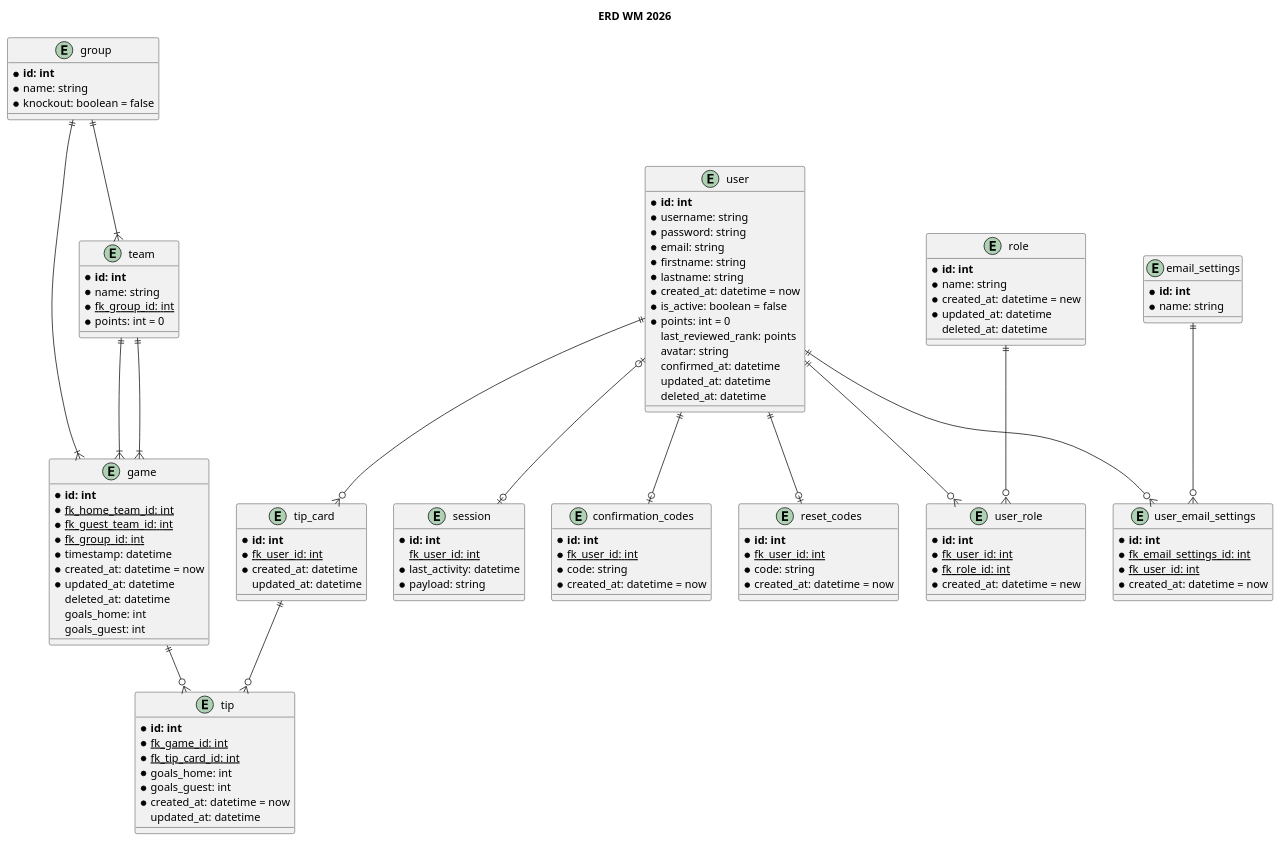
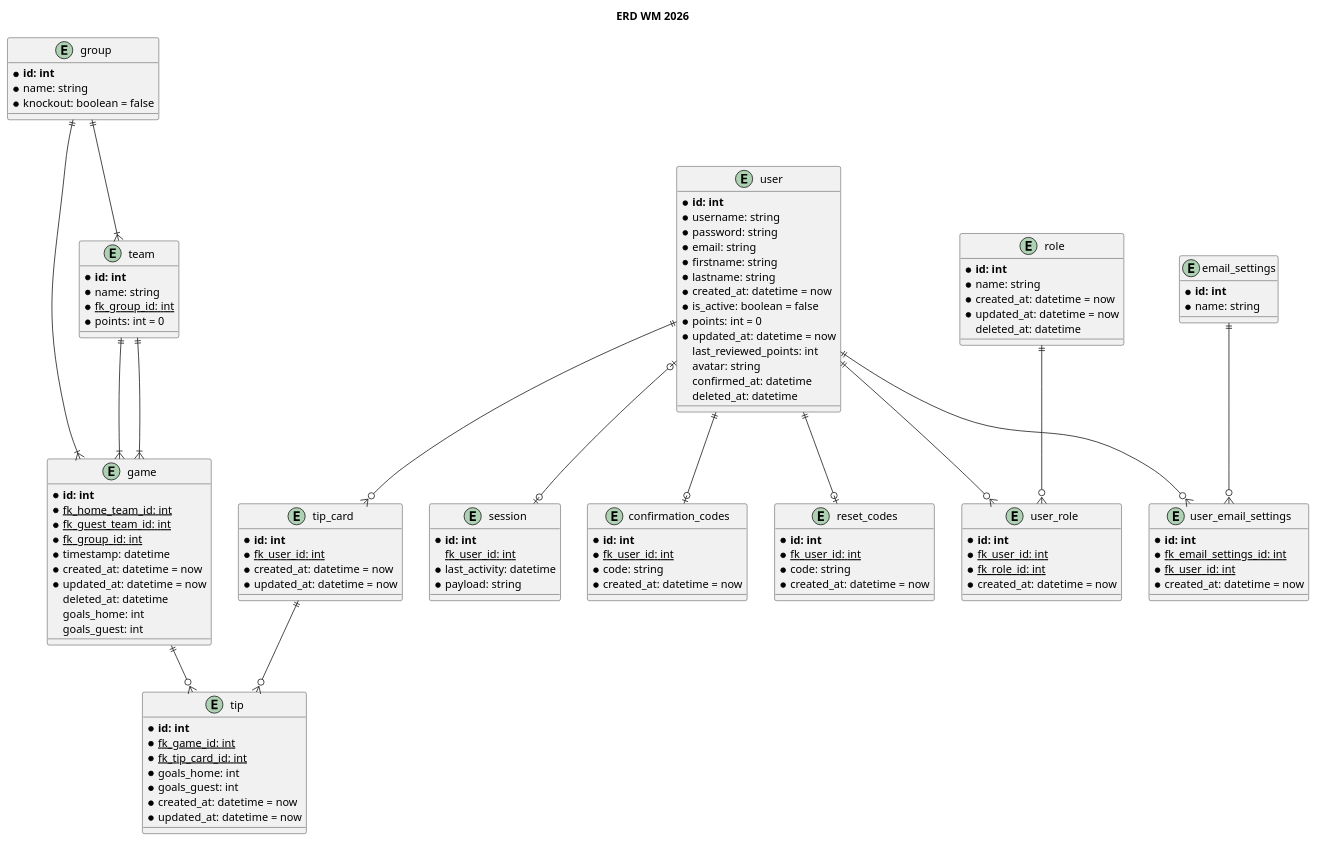
Before and after one commit to NoOneHardy/wm-2026: the diagram in data/erd.puml, drawn with PlantUML. The commit also changed 1 other file, not shown here.

```diff
--- a/data/erd.puml
+++ b/data/erd.puml
@@ -1,128 +1,128 @@
 @startuml erd
 
 title ERD WM 2026
 
 entity user {
     * **id: int**
     * username: string
     * password: string
     * email: string
     * firstname: string
     * lastname: string
     * created_at: datetime = now
     * is_active: boolean = false
     * points: int = 0
-    last_reviewed_rank: points
+    * updated_at: datetime = now
+    last_reviewed_points: int
     avatar: string
     confirmed_at: datetime
-    updated_at: datetime
     deleted_at: datetime
 }
 
 entity confirmation_codes {
     * **id: int**
     * {static} fk_user_id: int
     * code: string
     * created_at: datetime = now
 }
 
 entity reset_codes {
     * **id: int**
     * {static} fk_user_id: int
     * code: string
     * created_at: datetime = now
 }
 
 entity session {
     * **id: int**
     {static} fk_user_id: int
     * last_activity: datetime
     * payload: string
 }
 
 entity role {
     * **id: int**
     * name: string
-    * created_at: datetime = new
-    * updated_at: datetime
+    * created_at: datetime = now
+    * updated_at: datetime = now
     deleted_at: datetime
 }
 
 entity user_role {
     * **id: int**
     * {static} fk_user_id: int
     * {static} fk_role_id: int
-    * created_at: datetime = new
+    * created_at: datetime = now
 }
 
 entity game {
     * **id: int**
     * {static} fk_home_team_id: int
     * {static} fk_guest_team_id: int
     * {static} fk_group_id: int
     * timestamp: datetime
     * created_at: datetime = now
-    * updated_at: datetime
+    * updated_at: datetime = now
     deleted_at: datetime
     goals_home: int
     goals_guest: int
 }
 
 entity team {
     * **id: int**
     * name: string
     * {static} fk_group_id: int
     * points: int = 0
 }
 
 entity group {
     * **id: int**
     * name: string
     * knockout: boolean = false
 }
 
 entity tip {
     * **id: int**
     * {static} fk_game_id: int
     * {static} fk_tip_card_id: int
     * goals_home: int
     * goals_guest: int
     * created_at: datetime = now
-    updated_at: datetime
+    * updated_at: datetime = now
 }
 
 entity tip_card {
     * **id: int**
     * {static} fk_user_id: int
-    * created_at: datetime
-    updated_at: datetime
+    * created_at: datetime = now
+    * updated_at: datetime = now
 }
 
 entity email_settings {
     * **id: int**
     * name: string
 }
 
 entity user_email_settings {
     * **id: int**
     * {static} fk_email_settings_id: int
     * {static} fk_user_id: int
     * created_at: datetime = now
 }
 
 user ||--o| confirmation_codes
 user ||--o| reset_codes
 user |o--o| session
 user ||--o{ user_role
 role ||--o{ user_role
 team ||--|{ game
 team ||--|{ game
 group ||--|{ game
 group ||--|{ team
 game ||--o{ tip
 tip_card ||--o{ tip
 user ||--o{ tip_card
 email_settings ||--o{ user_email_settings
 user ||--o{ user_email_settings
 
 @enduml
```
